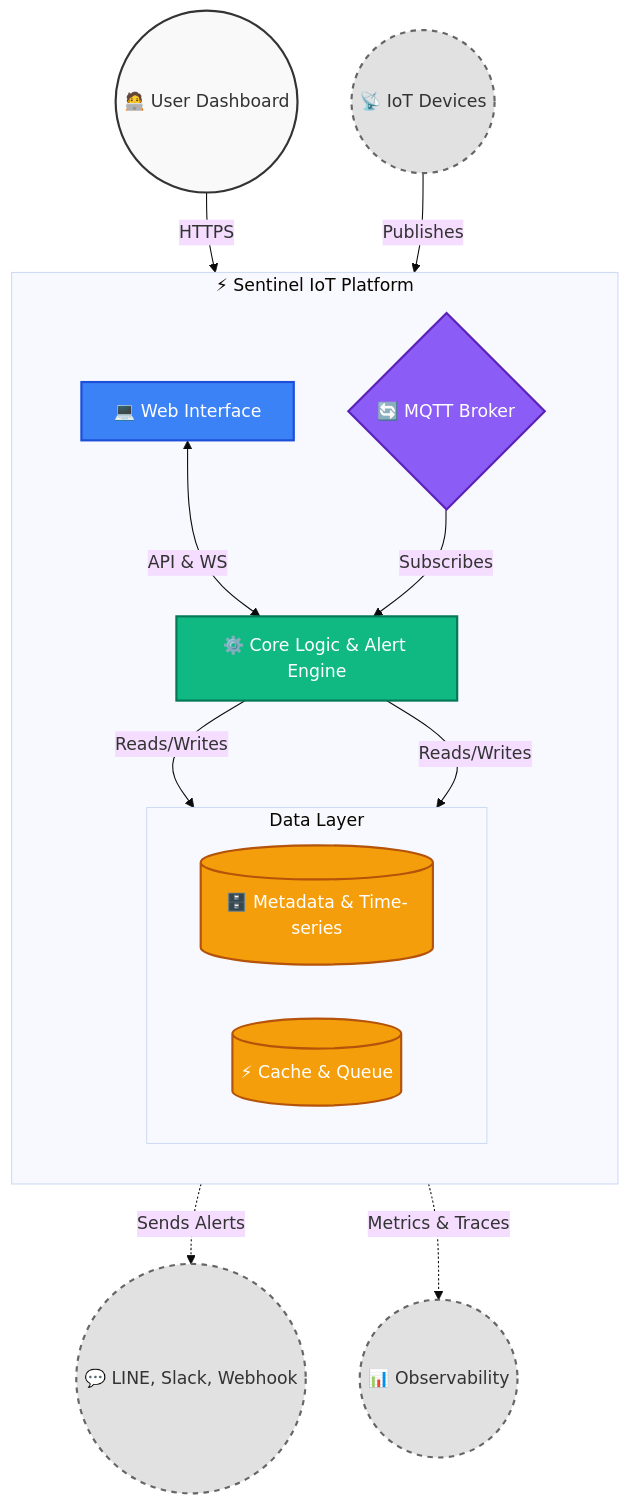
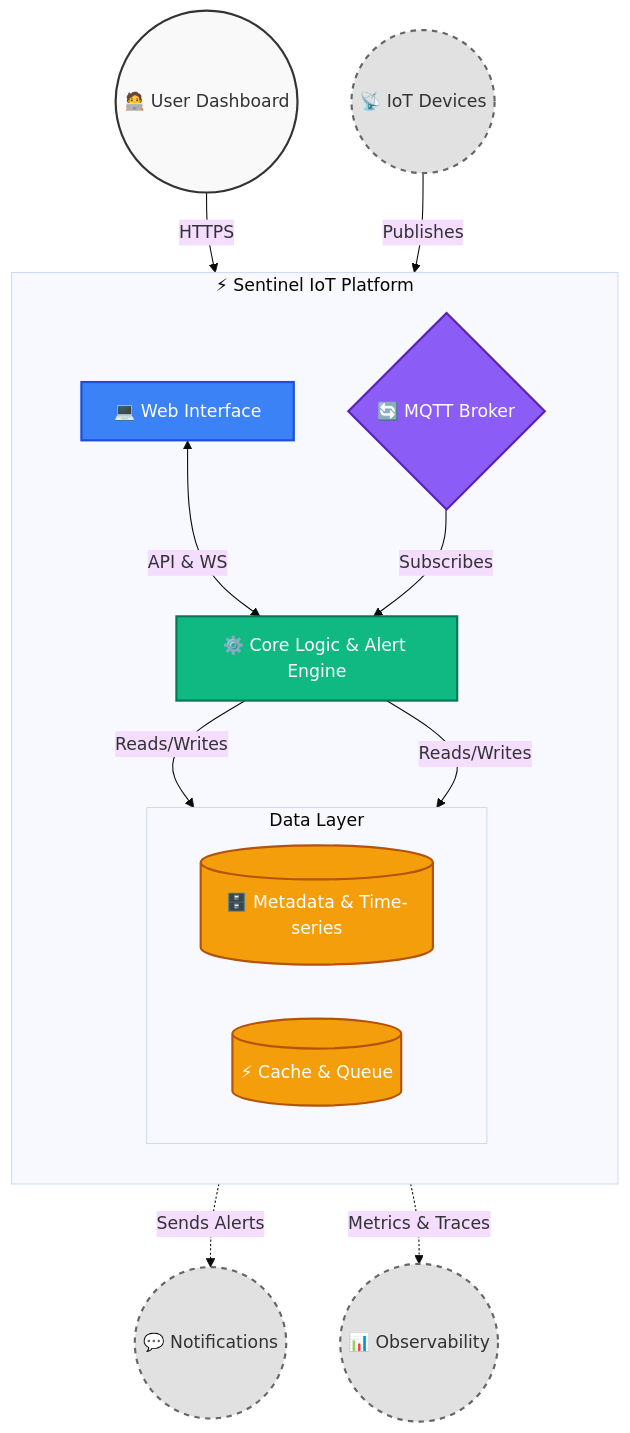
The first of 4 diagrams in README.md (thitipongroo/sentinel-iot-platform), drawn with Mermaid (base theme) before and after one commit. The commit also changed other lines of this file, not shown here.

Commit message:
update: readme

````diff
--- a/README.md
+++ b/README.md
@@ -18,43 +18,43 @@
 ```mermaid
 flowchart TB
     %% Custom Styles
     classDef user fill:#f9f9f9,stroke:#333,stroke-width:2px,color:#333
     classDef external fill:#e1e1e1,stroke:#666,stroke-width:2px,stroke-dasharray: 5 5,color:#333
     classDef frontend fill:#3b82f6,stroke:#1d4ed8,stroke-width:2px,color:#fff
     classDef backend fill:#10b981,stroke:#047857,stroke-width:2px,color:#fff
     classDef db fill:#f59e0b,stroke:#b45309,stroke-width:2px,color:#fff
     classDef broker fill:#8b5cf6,stroke:#5b21b6,stroke-width:2px,color:#fff
 
     User(("🧑‍💻 User Dashboard")):::user
     Devices(("📡 IoT Devices")):::external
 
     subgraph Platform ["⚡ Sentinel IoT Platform"]
         direction TB
         
         UI["💻 Web Interface"]:::frontend
         Broker{"🔄 MQTT Broker"}:::broker
         API["⚙️ Core Logic & Alert Engine"]:::backend
         
         subgraph DataLayer ["Data Layer"]
             direction LR
             DB[("🗄️ Metadata & Time-series")]:::db
             Redis[("⚡ Cache & Queue")]:::db
         end
     end
 
-    Notify(("💬 LINE, Slack, Webhook")):::external
+    Notify(("💬 Notifications")):::external
     Observe(("📊 Observability")):::external
 
     %% Relationships
     User -- "HTTPS" --> UI
     Devices -- "Publishes" --> Broker
     
     UI <--"API & WS"--> API
     Broker --"Subscribes"--> API
     
     API --"Reads/Writes"--> DB
     API --"Reads/Writes"--> Redis
     
     API -."Sends Alerts".-> Notify
     API -."Metrics & Traces".-> Observe
 ```
````
